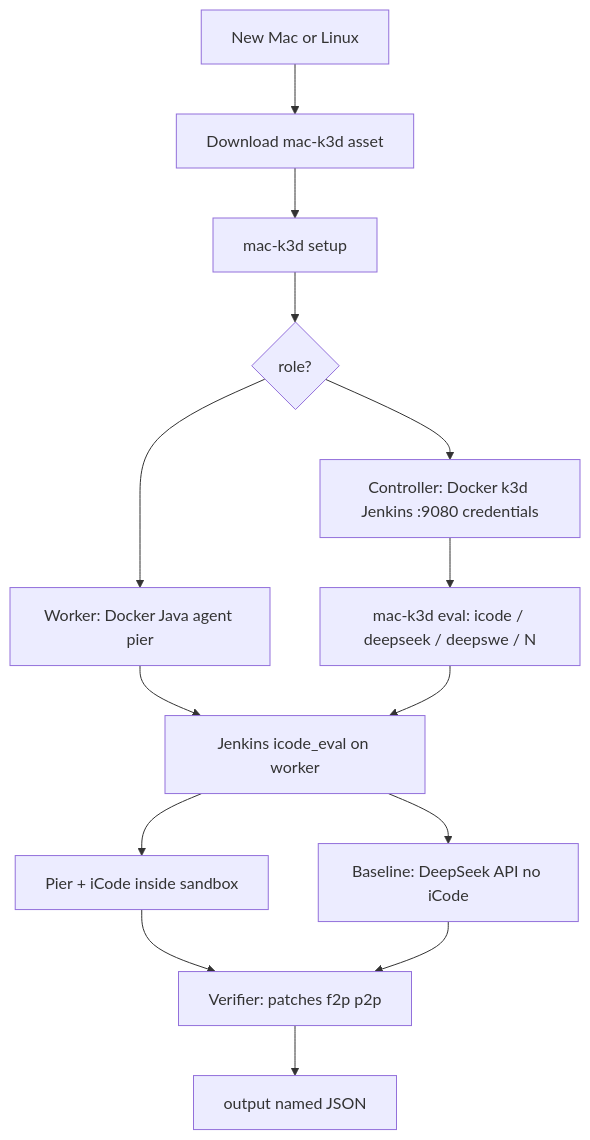
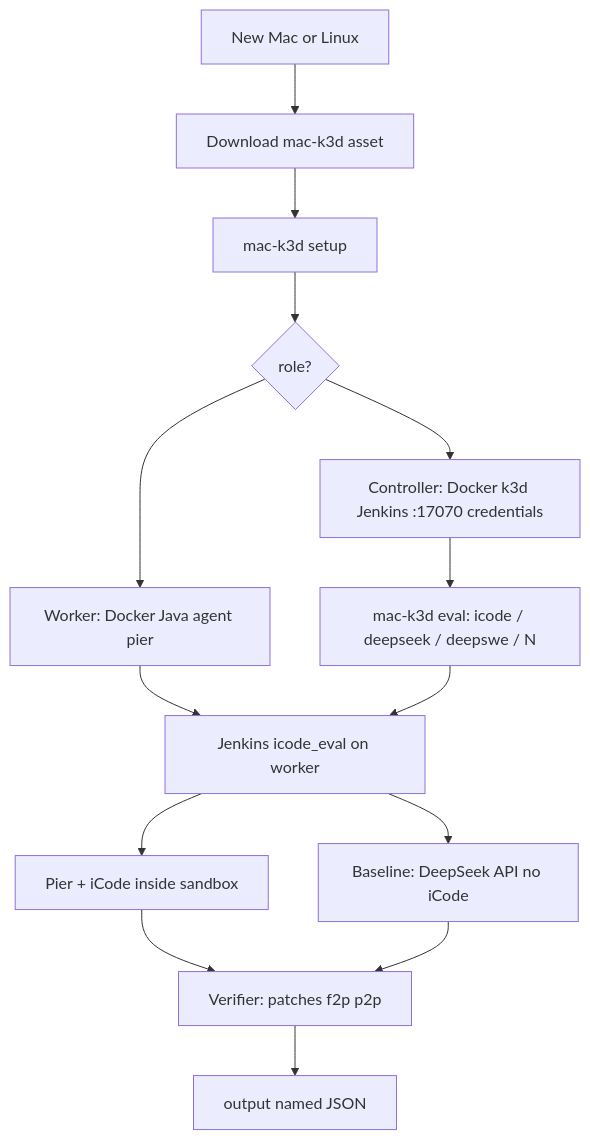
The diagram in docs/binary-initializer/workflow.md (Toby-Yu/mac-k3d), drawn with Mermaid before and after one commit. The commit also changed other lines of this file and 24 other files, not shown here.

````diff
--- a/docs/binary-initializer/workflow.md
+++ b/docs/binary-initializer/workflow.md
@@ -27,27 +27,27 @@
 ```mermaid
 flowchart TD
   newHost["New Mac or Linux"]
   bin["Download mac-k3d asset"]
   setup["mac-k3d setup"]
   role{"role?"}
-  ctrl["Controller: Docker k3d Jenkins :9080 credentials"]
+  ctrl["Controller: Docker k3d Jenkins :17070 credentials"]
   work["Worker: Docker Java agent pier"]
   evalCli["mac-k3d eval: icode / deepseek / deepswe / N"]
   job["Jenkins icode_eval on worker"]
   pierA["Pier + iCode inside sandbox"]
   pierB["Baseline: DeepSeek API no iCode"]
   grade["Verifier: patches f2p p2p"]
   json["output named JSON"]
 
   newHost --> bin --> setup --> role
   role --> ctrl
   role --> work
   ctrl --> evalCli
   work --> job
   evalCli --> job
   job --> pierA
   job --> pierB
   pierA --> grade
   pierB --> grade
   grade --> json
 ```
````
